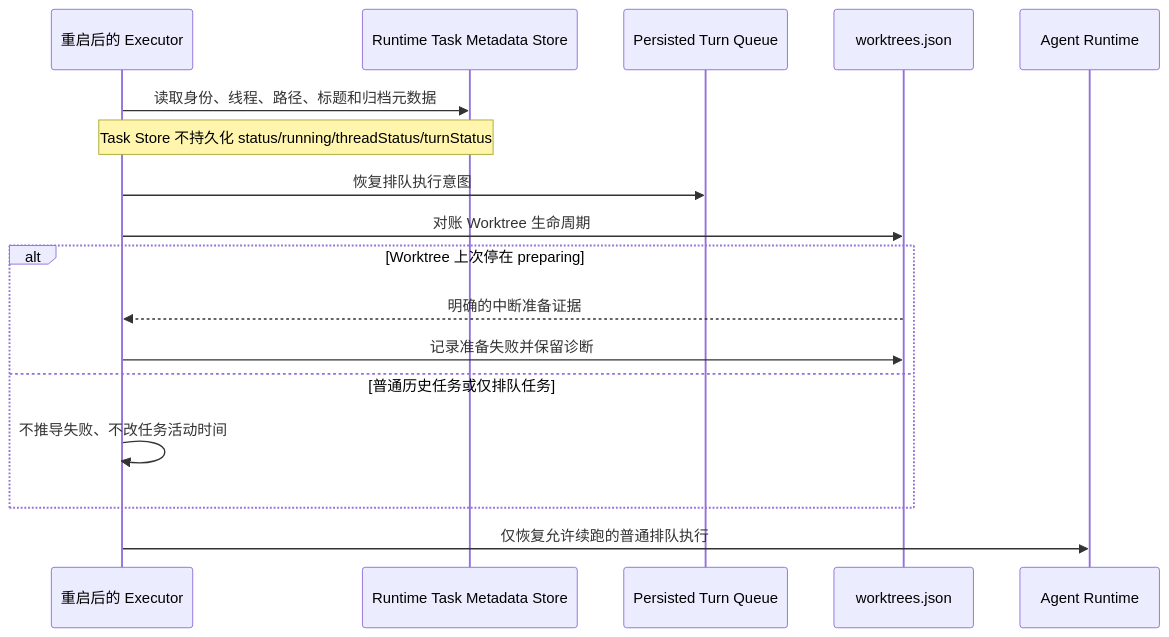
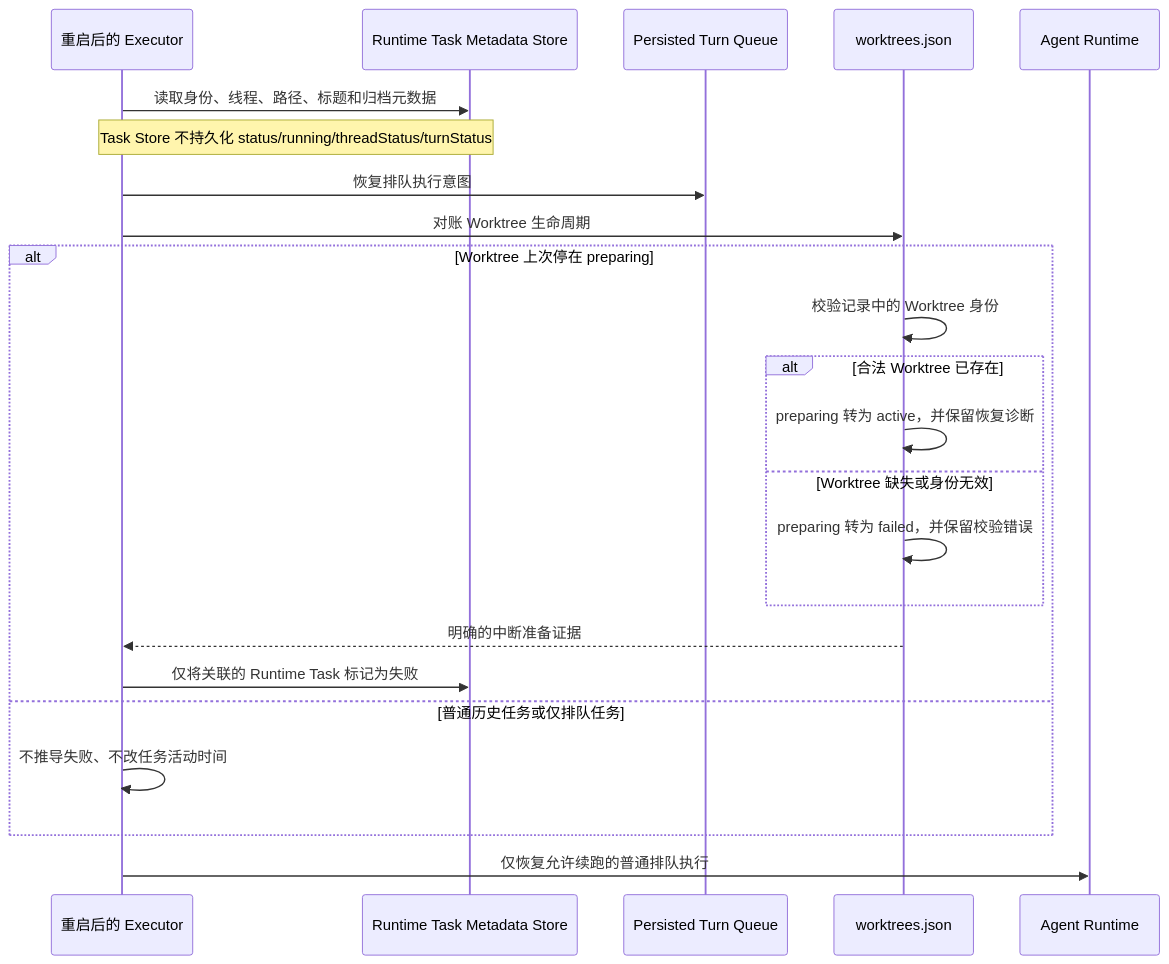
One commit to wecode-ai/Wegent changed the third of 4 diagrams in docs/zh/architecture/git-worktree-execution.md. Above: the diagram before and after it, drawn with Mermaid. The commit also changed other lines of this file and 1 other file, not shown here.

Commit message:
docs(executor): clarify restart state ownership

````diff
--- a/docs/zh/architecture/git-worktree-execution.md
+++ b/docs/zh/architecture/git-worktree-execution.md
@@ -75,20 +75,26 @@
 ```mermaid
 sequenceDiagram
     participant E as 重启后的 Executor
     participant T as Runtime Task Metadata Store
     participant Q as Persisted Turn Queue
     participant G as worktrees.json
     participant R as Agent Runtime
 
     E->>T: 读取身份、线程、路径、标题和归档元数据
     Note over E,T: Task Store 不持久化 status/running/threadStatus/turnStatus
     E->>Q: 恢复排队执行意图
     E->>G: 对账 Worktree 生命周期
     alt Worktree 上次停在 preparing
+        G->>G: 校验记录中的 Worktree 身份
+        alt 合法 Worktree 已存在
+            G->>G: preparing 转为 active，并保留恢复诊断
+        else Worktree 缺失或身份无效
+            G->>G: preparing 转为 failed，并保留校验错误
+        end
         G-->>E: 明确的中断准备证据
-        E->>G: 记录准备失败并保留诊断
+        E->>T: 仅将关联的 Runtime Task 标记为失败
     else 普通历史任务或仅排队任务
         E->>E: 不推导失败、不改任务活动时间
     end
     E->>R: 仅恢复允许续跑的普通排队执行
 ```
````
